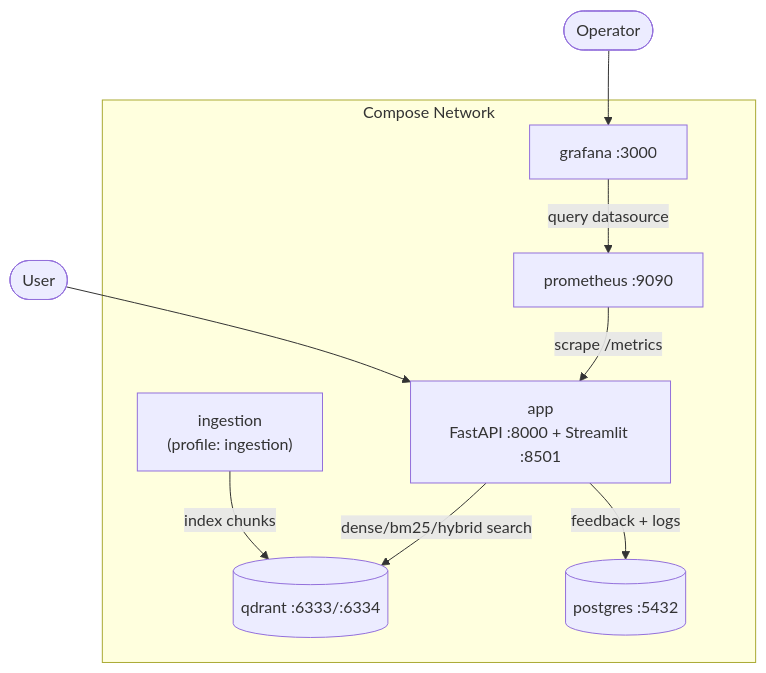
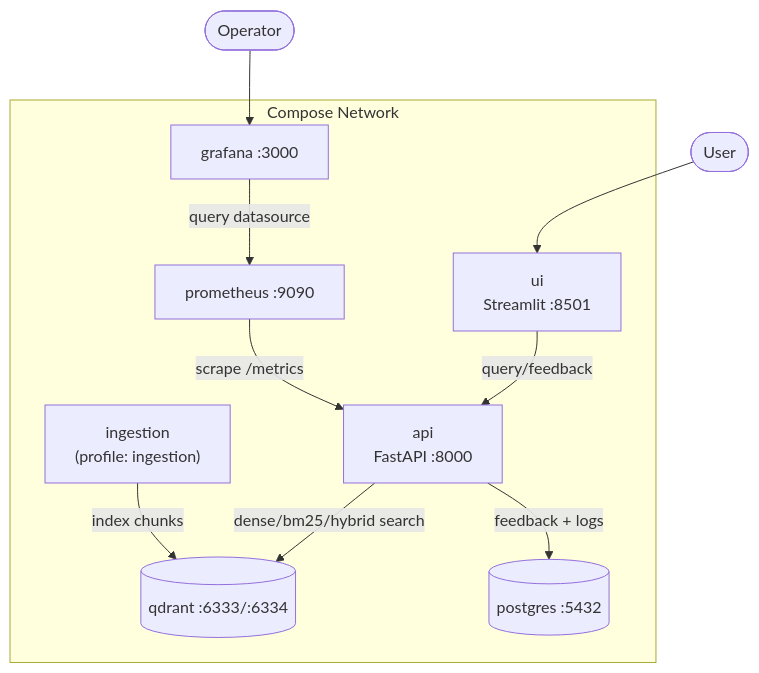
The first of 2 diagrams in docs/01_architecture/Deployment.md (igmriegel/PokeRAG), drawn with Mermaid before and after one commit. The commit also changed other lines of this file and 28 other files, not shown here.

````diff
--- a/docs/01_architecture/Deployment.md
+++ b/docs/01_architecture/Deployment.md
@@ -28,18 +28,20 @@
 ```mermaid
 graph TD
     subgraph Compose Network
-        APP["app<br/>FastAPI :8000 + Streamlit :8501"]
+        API["api<br/>FastAPI :8000"]
+        UI["ui<br/>Streamlit :8501"]
         QD[("qdrant :6333/:6334")]
         PG[("postgres :5432")]
         ING["ingestion<br/>(profile: ingestion)"]
         PROM["prometheus :9090"]
         GRAF["grafana :3000"]
     end
-    APP -->|dense/bm25/hybrid search| QD
-    APP -->|feedback + logs| PG
+    API -->|dense/bm25/hybrid search| QD
+    API -->|feedback + logs| PG
+    UI -->|query/feedback| API
     ING -->|index chunks| QD
-    PROM -->|scrape /metrics| APP
+    PROM -->|scrape /metrics| API
     GRAF -->|query datasource| PROM
-    USER([User]) --> APP
+    USER([User]) --> UI
     OPERATOR([Operator]) --> GRAF
 ```
````
